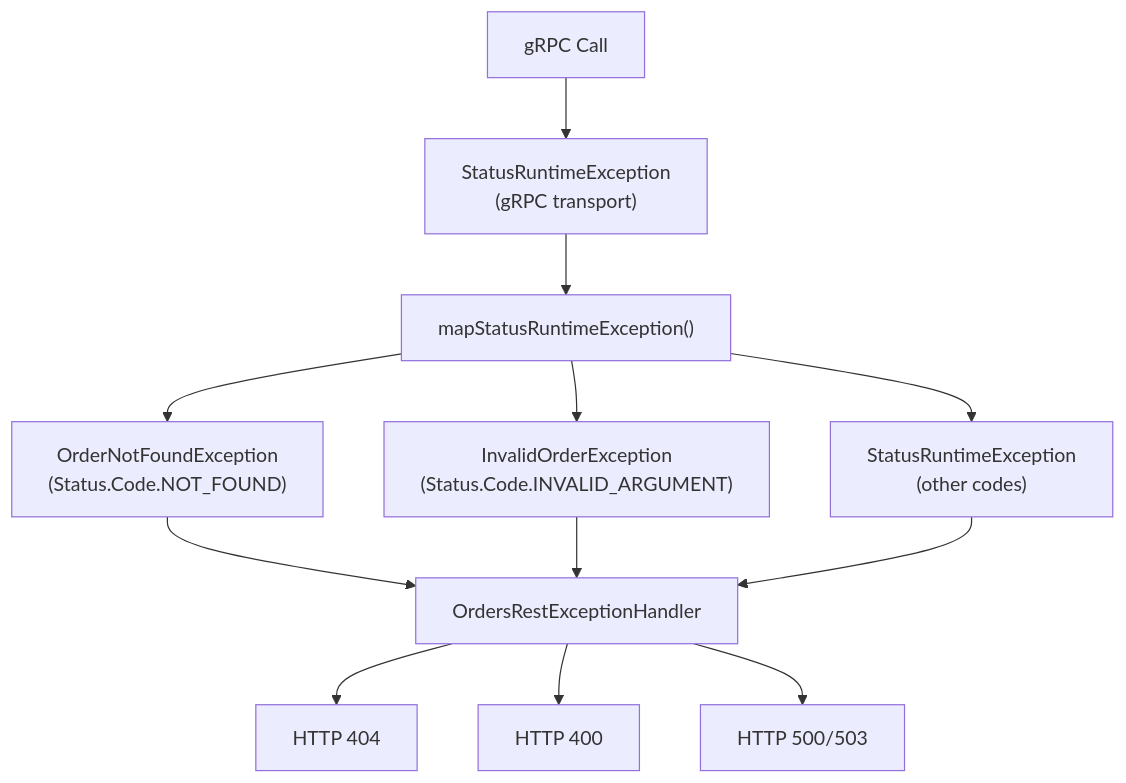
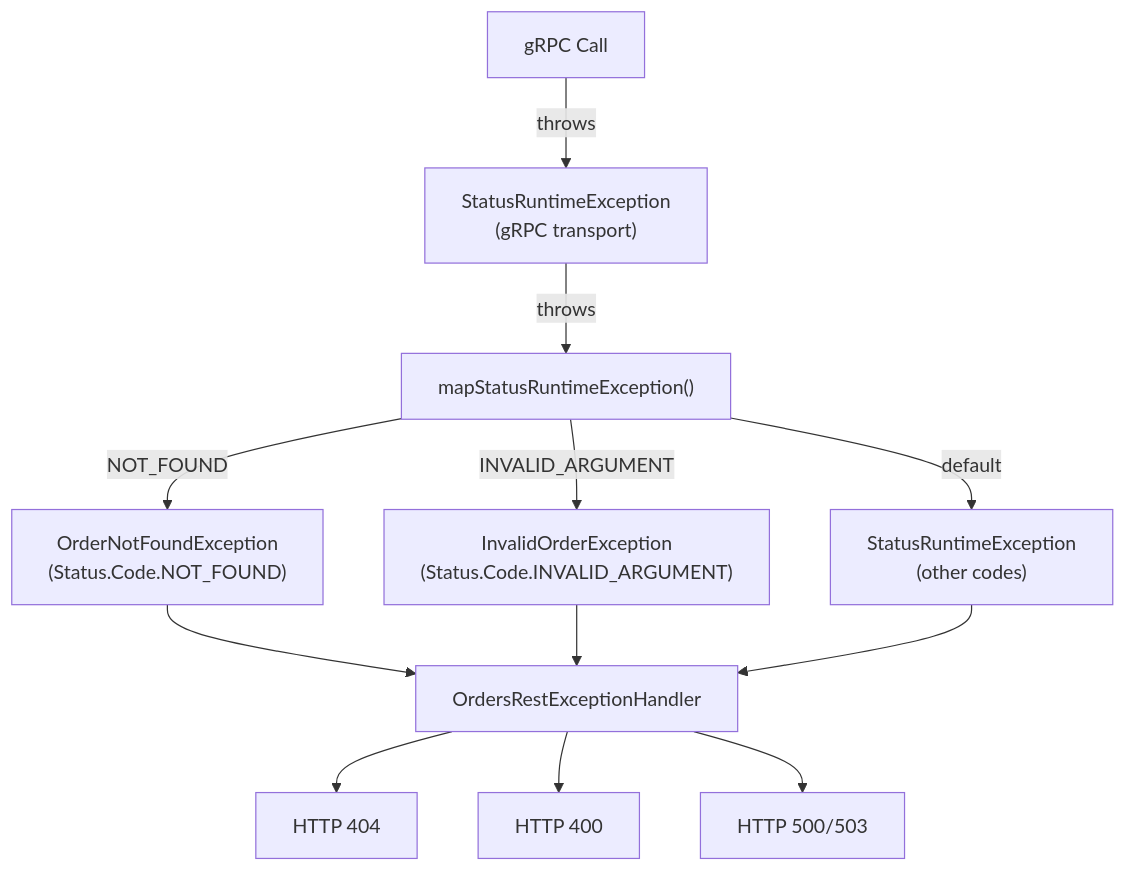
Before and after one commit to philipz/spring-modular-monolith: the third of 4 diagrams in docs/deepwiki/Integration-with-Monolith.md, drawn with Mermaid. The commit also changed other lines of this file and 55 other files, not shown here.

````diff
--- a/docs/deepwiki/Integration-with-Monolith.md
+++ b/docs/deepwiki/Integration-with-Monolith.md
@@ -246,26 +246,26 @@
 ```mermaid
 flowchart TD
 
 GrpcCall["gRPC Call"]
 StatusException["StatusRuntimeException<br>(gRPC transport)"]
 Mapper["mapStatusRuntimeException()"]
 NotFound["OrderNotFoundException<br>(Status.Code.NOT_FOUND)"]
 InvalidArg["InvalidOrderException<br>(Status.Code.INVALID_ARGUMENT)"]
 Other["StatusRuntimeException<br>(other codes)"]
 RestHandler["OrdersRestExceptionHandler"]
 HttpNotFound["HTTP 404"]
 HttpBadRequest["HTTP 400"]
 HttpInternal["HTTP 500/503"]
 
-GrpcCall --> StatusException
-StatusException --> Mapper
-Mapper --> NotFound
-Mapper --> InvalidArg
-Mapper --> Other
+GrpcCall -->|"throws"| StatusException
+StatusException -->|"throws"| Mapper
+Mapper -->|"NOT_FOUND"| NotFound
+Mapper -->|"INVALID_ARGUMENT"| InvalidArg
+Mapper -->|"default"| Other
 NotFound --> RestHandler
 InvalidArg --> RestHandler
 Other --> RestHandler
 RestHandler --> HttpNotFound
 RestHandler --> HttpBadRequest
 RestHandler --> HttpInternal
 ```
````
